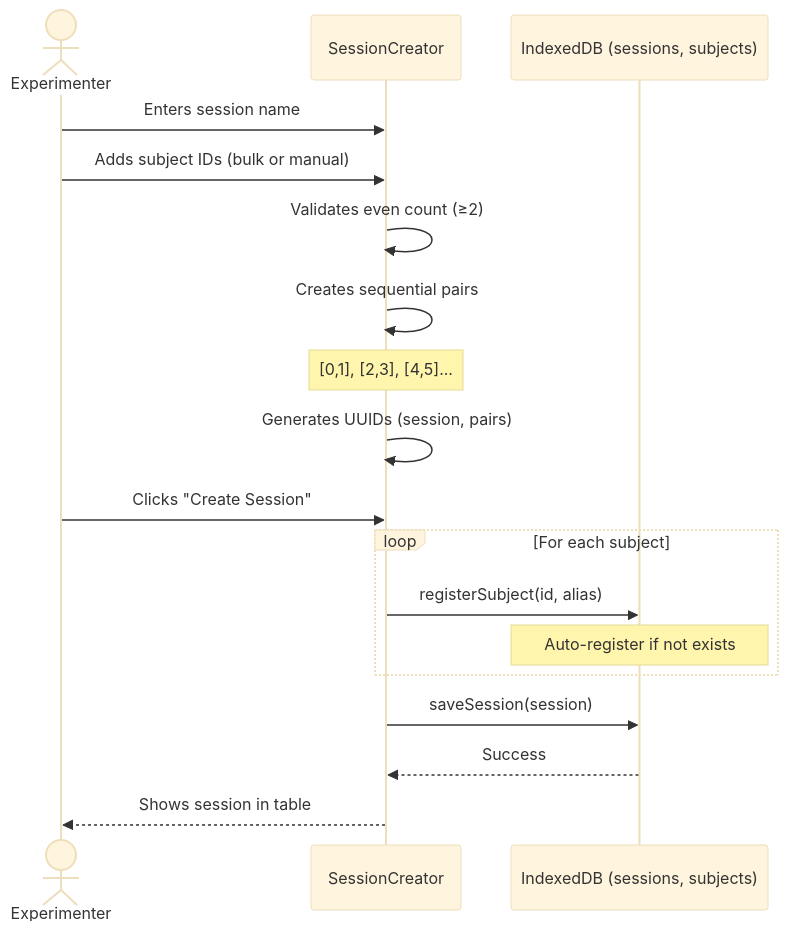
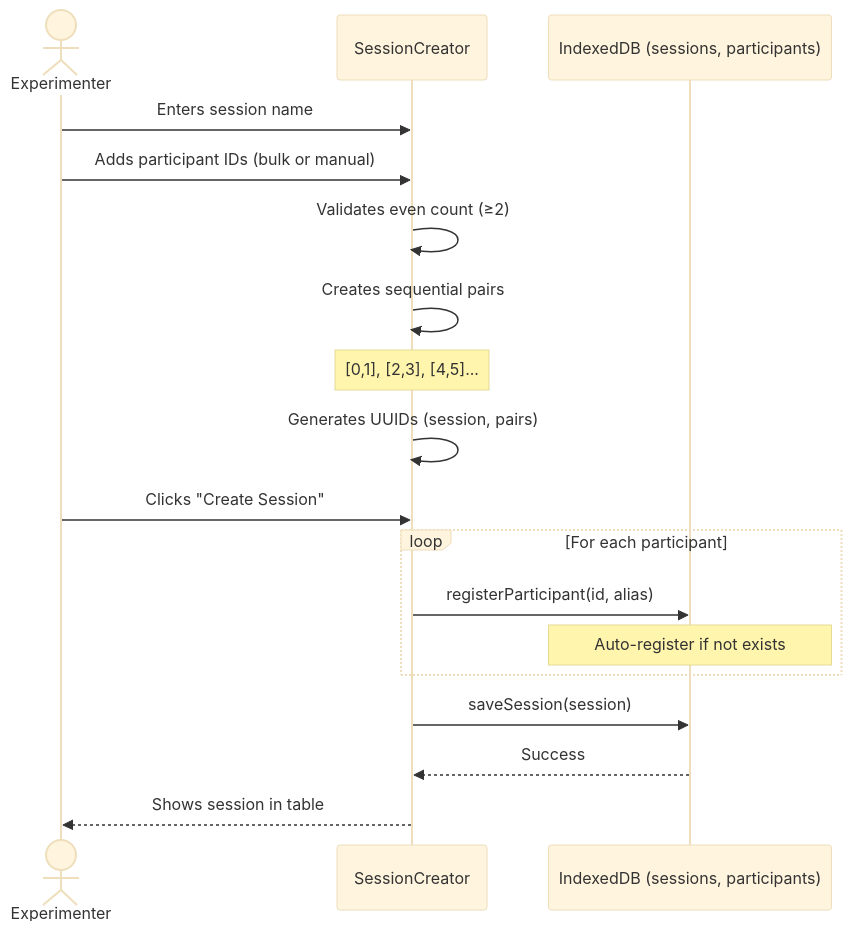
One commit to Open-Science-Blockchain-Economics/bx-hive changed the fourth of 11 diagrams in docs/reference-docs/data-architecture.md. Above: the diagram before and after it, drawn with Mermaid (base theme). The commit also changed other lines of this file and 19 other files, not shown here.

````diff
--- a/docs/reference-docs/data-architecture.md
+++ b/docs/reference-docs/data-architecture.md
@@ -376,23 +376,23 @@
 ```mermaid
 sequenceDiagram
     actor E as Experimenter
     participant UI as SessionCreator
-    participant DB as IndexedDB (sessions, subjects)
+    participant DB as IndexedDB (sessions, participants)
 
     E->>UI: Enters session name
-    E->>UI: Adds subject IDs (bulk or manual)
+    E->>UI: Adds participant IDs (bulk or manual)
     UI->>UI: Validates even count (≥2)
     UI->>UI: Creates sequential pairs
     Note over UI: [0,1], [2,3], [4,5]...
     UI->>UI: Generates UUIDs (session, pairs)
     E->>UI: Clicks "Create Session"
 
-    loop For each subject
-        UI->>DB: registerSubject(id, alias)
+    loop For each participant
+        UI->>DB: registerParticipant(id, alias)
         Note over DB: Auto-register if not exists
     end
 
     UI->>DB: saveSession(session)
     DB-->>UI: Success
     UI-->>E: Shows session in table
 ```
````
